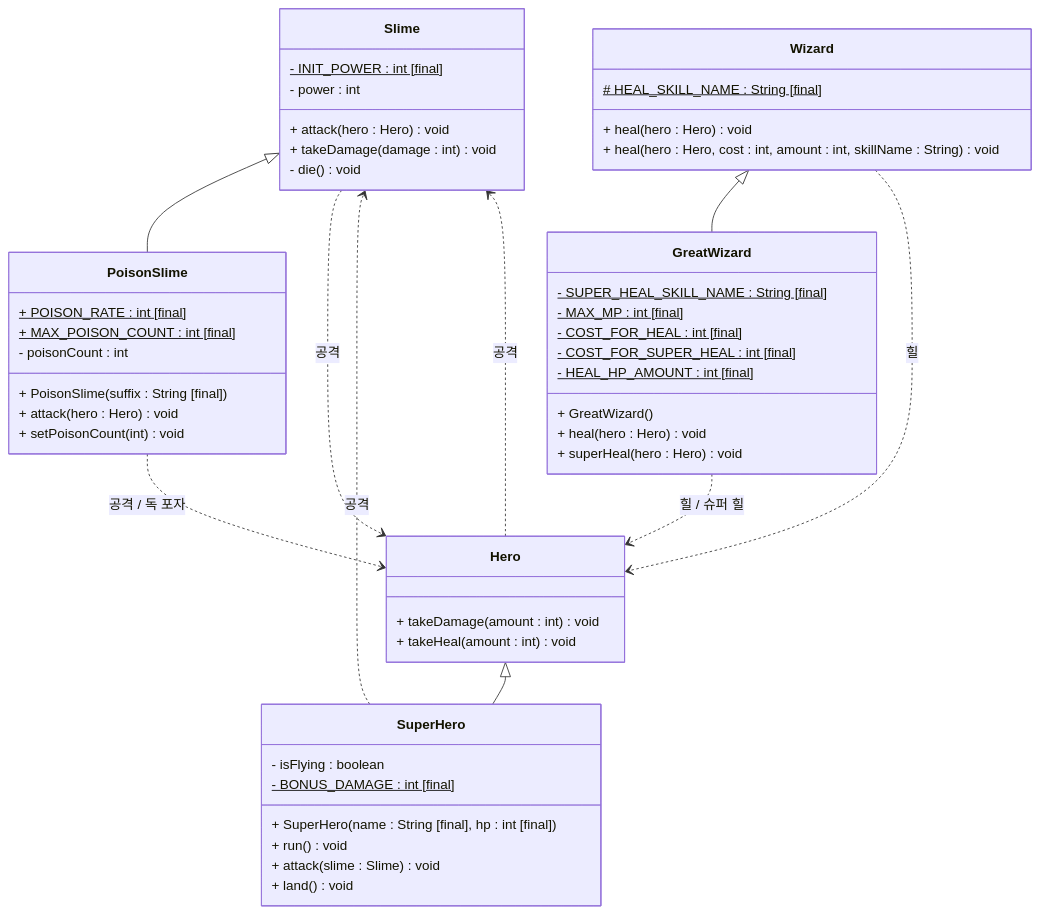
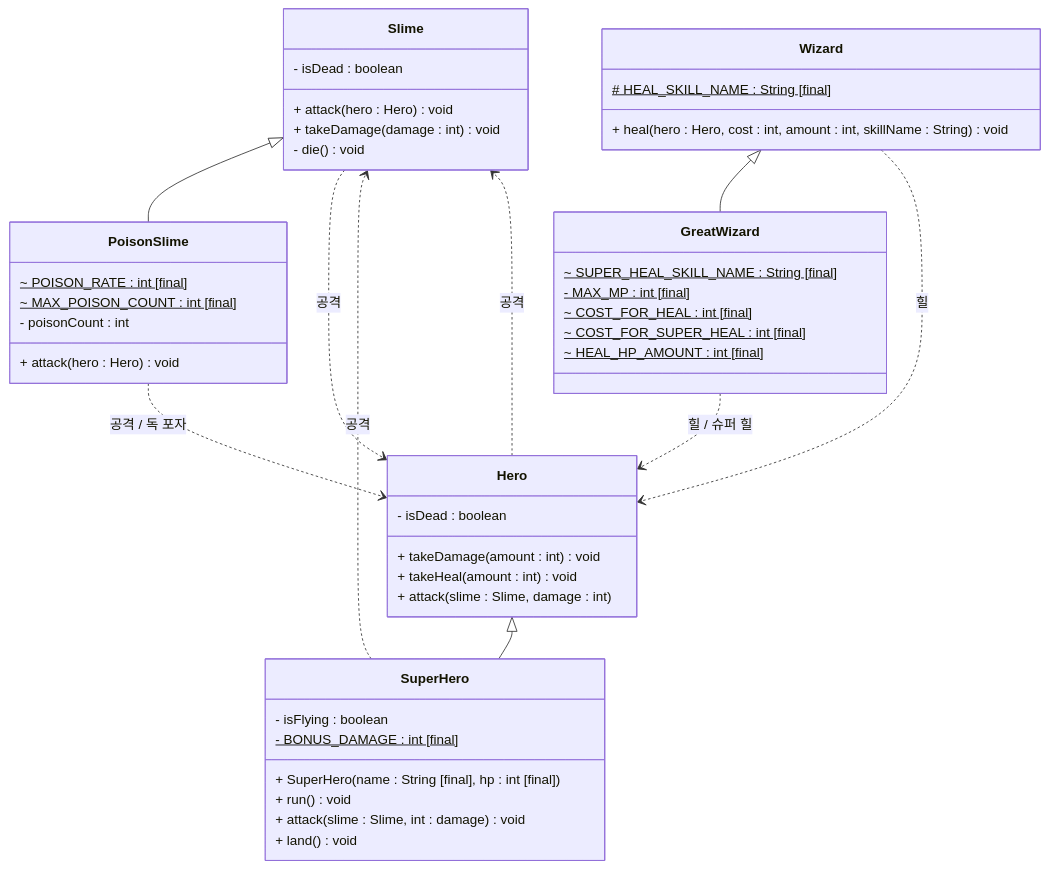
Before and after one commit to SurvivalCodingCampus/gangnam3-java-oop: the diagram in docs/Day7ClassDiagram.md, drawn with Mermaid.

Commit message:
docs: 다이어그램 수정

````diff
--- a/docs/Day7ClassDiagram.md
+++ b/docs/Day7ClassDiagram.md
@@ -1,62 +1,57 @@
 ```mermaid
 classDiagram
 
     class Slime {
-        - INIT_POWER : int [final] $
-        - power : int
+        - isDead : boolean
         + attack(hero : Hero) void
         + takeDamage(damage : int) void
         - die() void
     }
 
     class PoisonSlime {
-        + POISON_RATE : int [final] $
-        + MAX_POISON_COUNT : int [final] $
+        ~ POISON_RATE : int [final] $
+        ~ MAX_POISON_COUNT : int [final] $
         - poisonCount : int
-        + PoisonSlime(suffix : String [final])
         + attack(hero : Hero) void
-        + setPoisonCount(int) void
     }
 
     class Wizard {
         # HEAL_SKILL_NAME : String [final] $
-        + heal(hero : Hero) void
         + heal(hero : Hero, cost : int, amount : int, skillName : String) void
     }
     
     class GreatWizard {
-        - SUPER_HEAL_SKILL_NAME : String [final] $
+        ~ SUPER_HEAL_SKILL_NAME : String [final] $
         - MAX_MP : int [final] $
-        - COST_FOR_HEAL : int [final] $
-        - COST_FOR_SUPER_HEAL : int [final] $
-        - HEAL_HP_AMOUNT : int [final] $
-        + GreatWizard()
-        + heal(hero : Hero) void
-        + superHeal(hero : Hero) void
+        ~ COST_FOR_HEAL : int [final] $
+        ~ COST_FOR_SUPER_HEAL : int [final] $
+        ~ HEAL_HP_AMOUNT : int [final] $
     }
     
     class Hero {
+        - isDead : boolean
         + takeDamage(amount : int) void
         + takeHeal(amount : int) void
+        + attack(slime : Slime, damage : int)
     }
 
     class SuperHero {
         - isFlying : boolean
         - BONUS_DAMAGE : int [final] $
         + SuperHero(name : String [final], hp : int [final])
         + run() void
-        + attack(slime : Slime) void
+        + attack(slime : Slime, int : damage) void
         + land() void
     }
 
     Hero <|-- SuperHero
     Wizard <|-- GreatWizard
     Slime <|-- PoisonSlime
     Hero ..> Slime : 공격
     SuperHero ..> Slime : 공격
     Slime ..> Hero : 공격
     PoisonSlime ..> Hero : 공격 / 독 포자
     Wizard ..> Hero : 힐
     GreatWizard ..> Hero : 힐 / 슈퍼 힐
 
 ```
````
